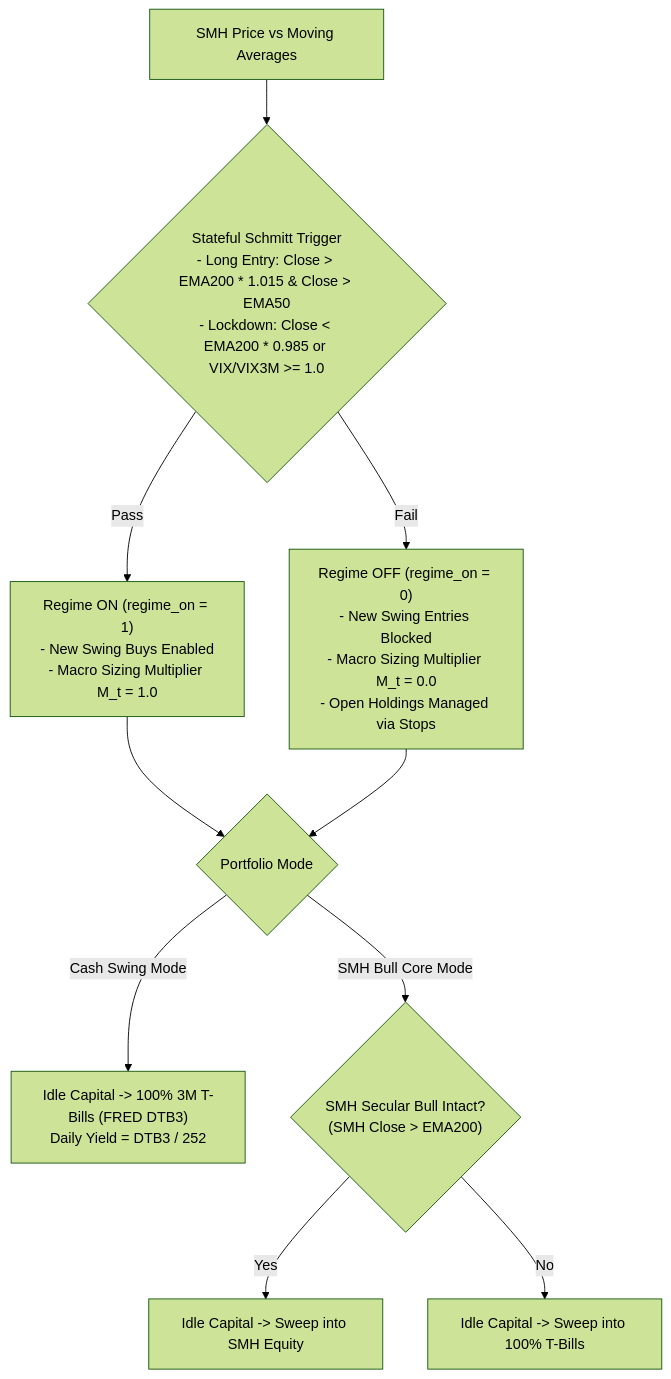
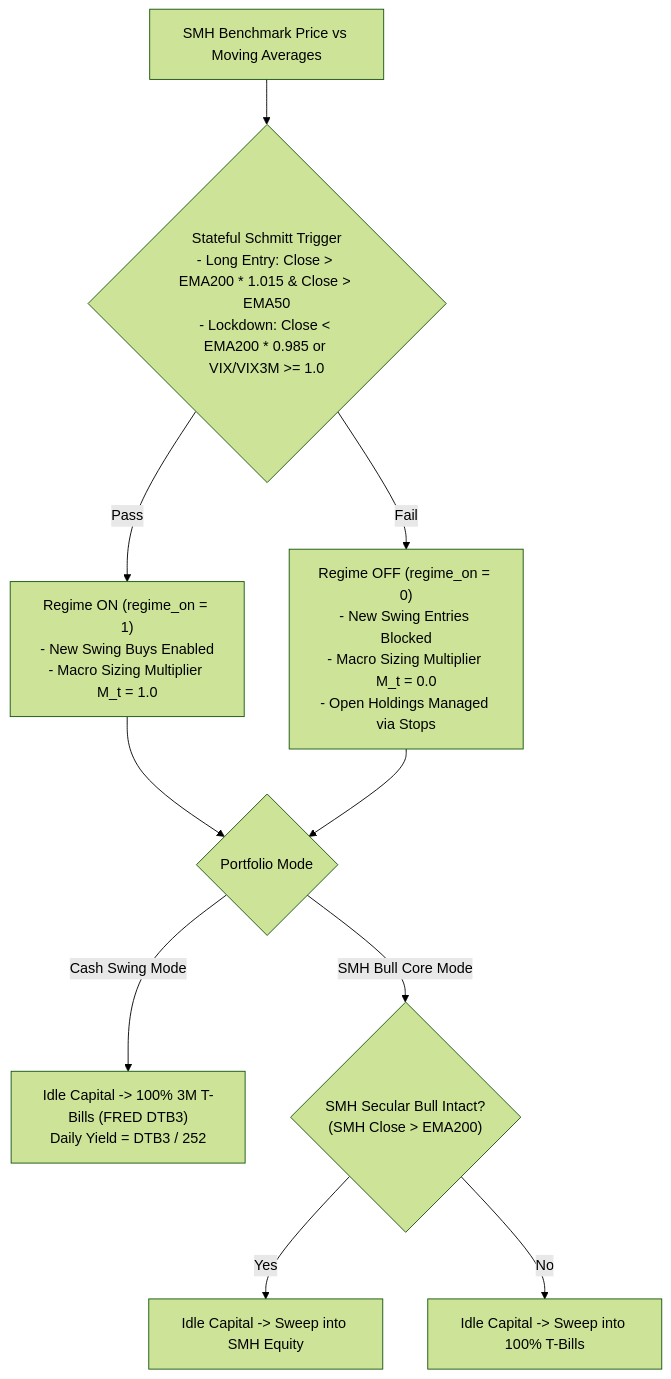
Before and after one commit to ericzhangrva/semiswing: the diagram in docs/recommendation_metrics_guide.md, drawn with Mermaid (forest theme). The commit also changed other lines of this file and 10 other files, not shown here.

````diff
--- a/docs/recommendation_metrics_guide.md
+++ b/docs/recommendation_metrics_guide.md
@@ -55,13 +162,13 @@
 ```mermaid
 flowchart TD
-    SMH["SMH Price vs Moving Averages"] --> Schmitt{"Stateful Schmitt Trigger\n- Long Entry: Close > EMA200 * 1.015 & Close > EMA50\n- Lockdown: Close < EMA200 * 0.985 or VIX/VIX3M >= 1.0"}
+    SMH["SMH Benchmark Price vs Moving Averages"] --> Schmitt{"Stateful Schmitt Trigger\n- Long Entry: Close > EMA200 * 1.015 & Close > EMA50\n- Lockdown: Close < EMA200 * 0.985 or VIX/VIX3M >= 1.0"}
     Schmitt -->|Pass| RegimeON["Regime ON (regime_on = 1)\n- New Swing Buys Enabled\n- Macro Sizing Multiplier M_t = 1.0"]
     Schmitt -->|Fail| RegimeOFF["Regime OFF (regime_on = 0)\n- New Swing Entries Blocked\n- Macro Sizing Multiplier M_t = 0.0\n- Open Holdings Managed via Stops"]
     
     RegimeON --> ModeCheck{"Portfolio Mode"}
     RegimeOFF --> ModeCheck
     ModeCheck -->|Cash Swing Mode| CashMode["Idle Capital -> 100% 3M T-Bills (FRED DTB3)\nDaily Yield = DTB3 / 252"]
     ModeCheck -->|SMH Bull Core Mode| CoreMode{"SMH Secular Bull Intact?\n(SMH Close > EMA200)"}
     CoreMode -->|Yes| SMHSweep["Idle Capital -> Sweep into SMH Equity"]
     CoreMode -->|No| TBillsSweep["Idle Capital -> Sweep into 100% T-Bills"]
 ```
````
